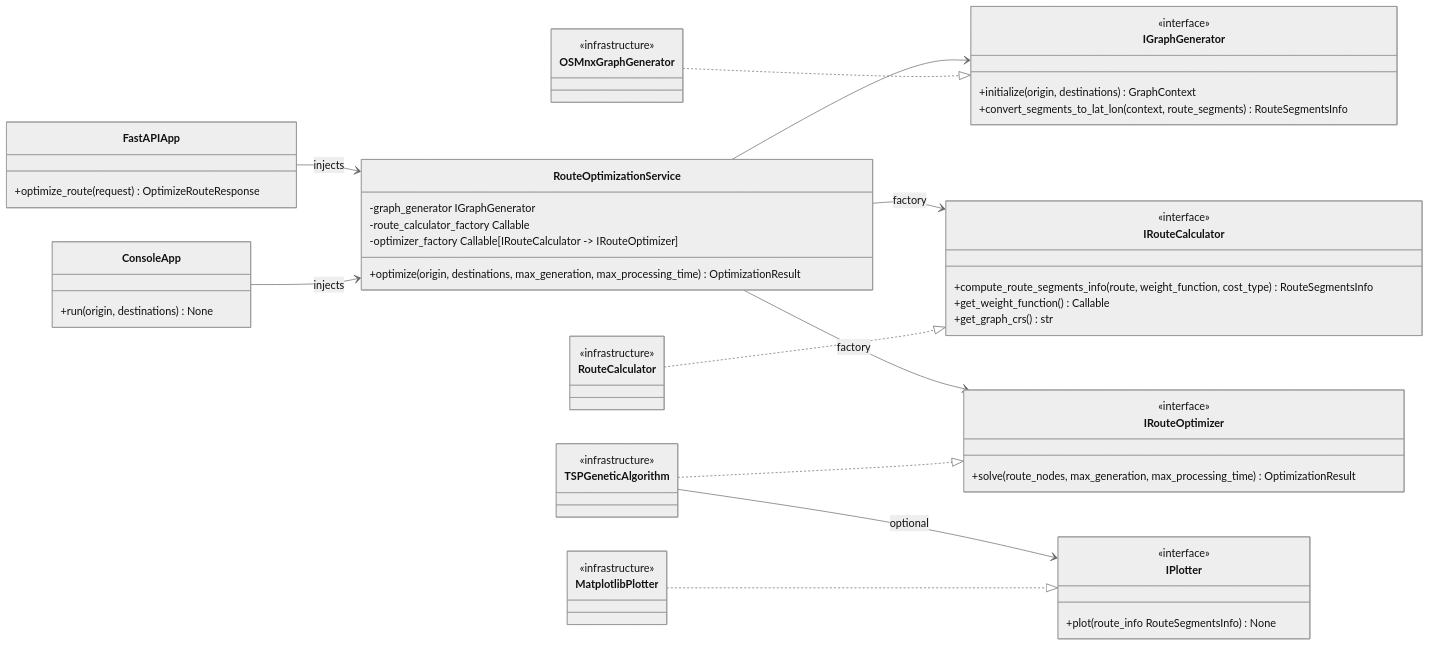
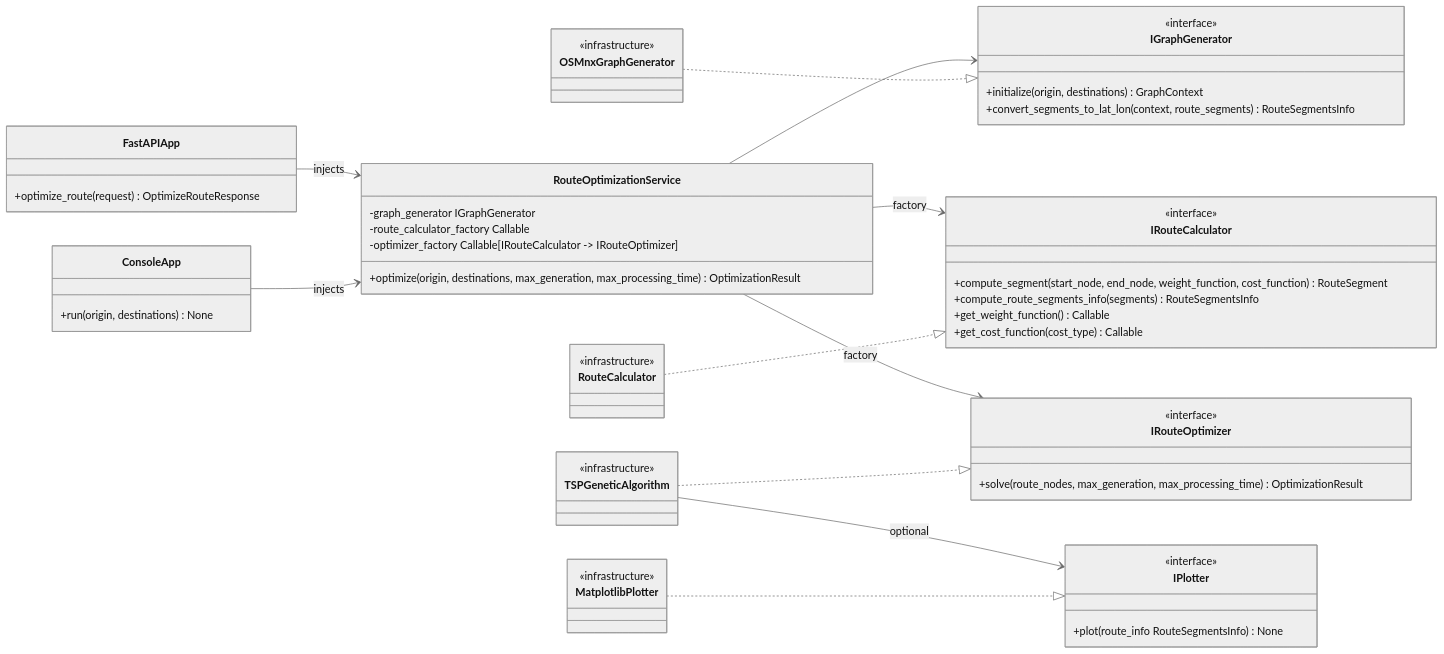
One commit to luizaaca/api_best_route changed the third of 3 diagrams in architecture.md. Above: the diagram before and after it, drawn with Mermaid (neutral theme). The commit also changed other lines of this file and 13 other files, not shown here.

Commit message:
feat: Refactor route optimization service to support plotter injection, enhance route segment handling, and improve route calculation logic

````diff
--- a/architecture.md
+++ b/architecture.md
@@ -260,60 +278,61 @@
 ```mermaid
 classDiagram
     direction LR
 
     class IGraphGenerator {
         <<interface>>
         +initialize(origin, destinations) GraphContext
         +convert_segments_to_lat_lon(context, route_segments) RouteSegmentsInfo
     }
 
     class IRouteCalculator {
         <<interface>>
-        +compute_route_segments_info(route, weight_function, cost_type) RouteSegmentsInfo
+        +compute_segment(start_node, end_node, weight_function, cost_function) RouteSegment
+        +compute_route_segments_info(segments) RouteSegmentsInfo
         +get_weight_function() Callable
-        +get_graph_crs() str
+        +get_cost_function(cost_type) Callable
     }
 
     class IRouteOptimizer {
         <<interface>>
         +solve(route_nodes, max_generation, max_processing_time) OptimizationResult
     }
 
     class IPlotter {
         <<interface>>
         +plot(route_info RouteSegmentsInfo) None
     }
 
     class OSMnxGraphGenerator { <<infrastructure>> }
     class RouteCalculator { <<infrastructure>> }
     class TSPGeneticAlgorithm { <<infrastructure>> }
     class MatplotlibPlotter { <<infrastructure>> }
 
     class RouteOptimizationService {
         -graph_generator IGraphGenerator
         -route_calculator_factory Callable
         -optimizer_factory Callable[IRouteCalculator -> IRouteOptimizer]
         +optimize(origin, destinations, max_generation, max_processing_time) OptimizationResult
     }
 
     class FastAPIApp {
         +optimize_route(request) OptimizeRouteResponse
     }
 
     class ConsoleApp {
         +run(origin, destinations) None
     }
 
     RouteOptimizationService --> IGraphGenerator
     RouteOptimizationService --> IRouteCalculator : factory
     RouteOptimizationService --> IRouteOptimizer : factory
     TSPGeneticAlgorithm --> IPlotter : optional
 
     OSMnxGraphGenerator ..|> IGraphGenerator
     RouteCalculator ..|> IRouteCalculator
     TSPGeneticAlgorithm ..|> IRouteOptimizer
     MatplotlibPlotter ..|> IPlotter
 
     FastAPIApp --> RouteOptimizationService : injects
     ConsoleApp --> RouteOptimizationService : injects
 ```
````
